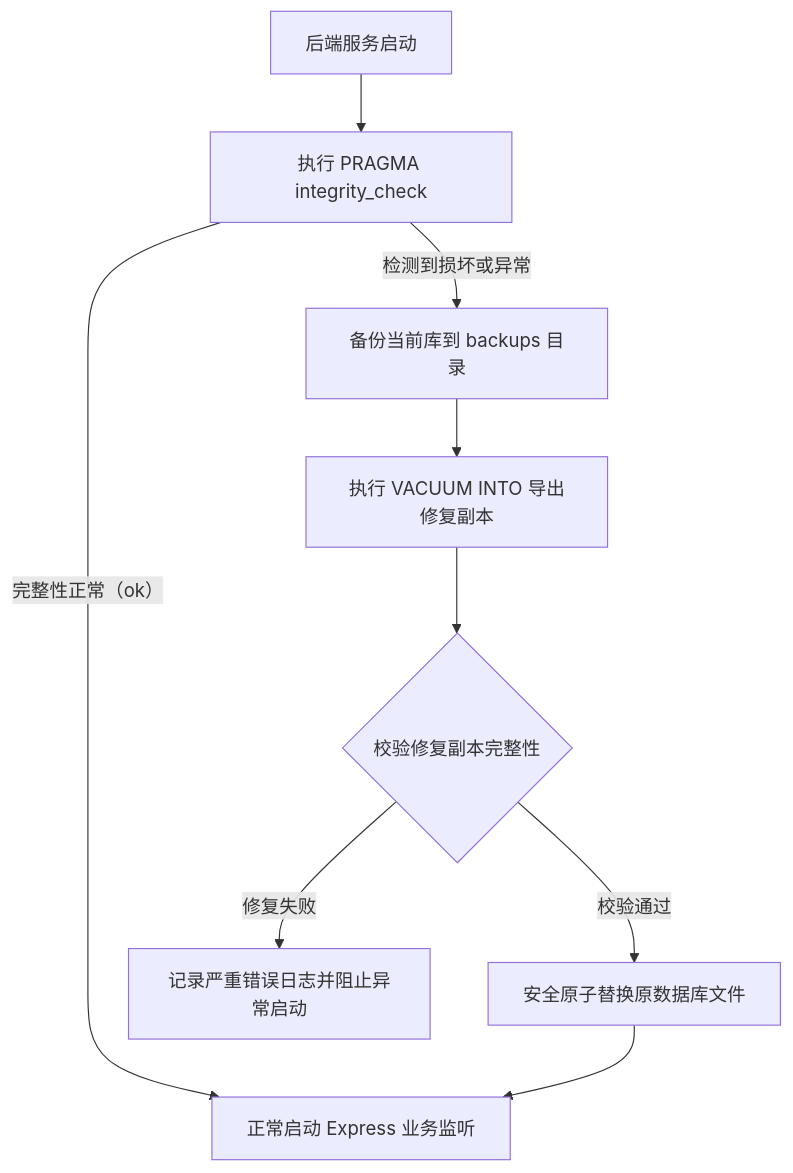
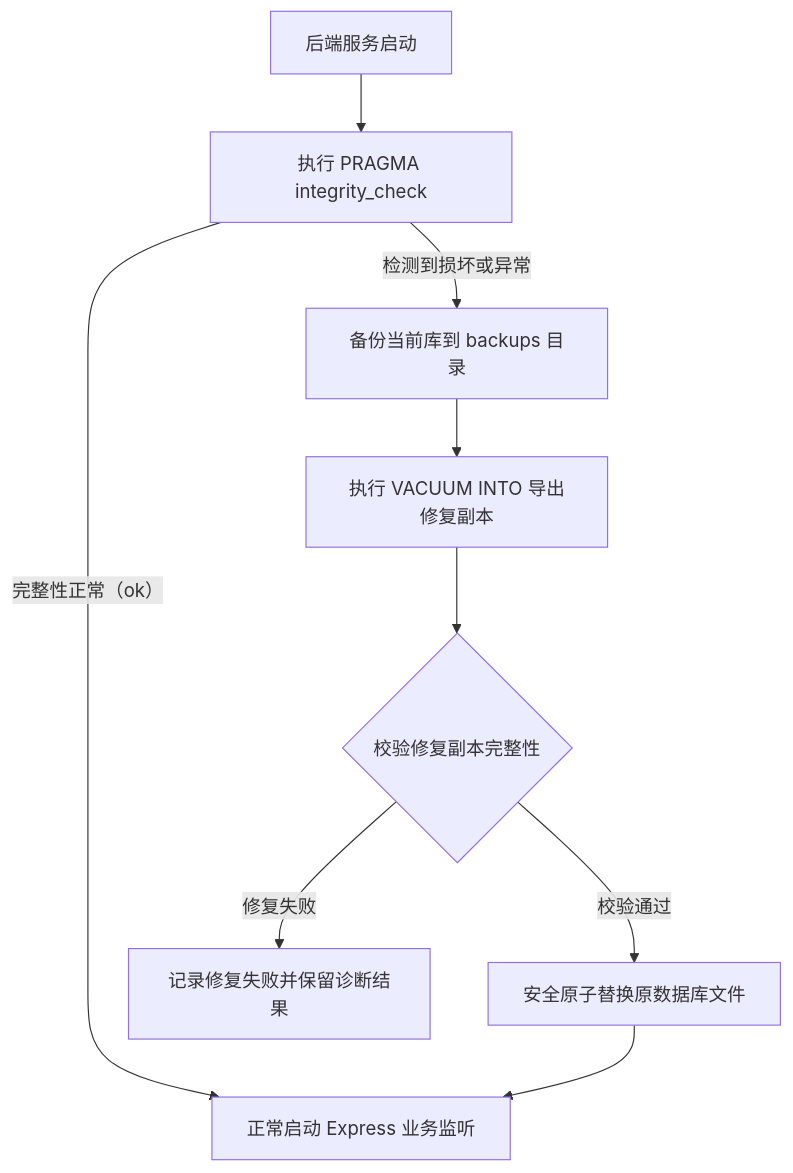
Before and after one commit to fanxiaolongx-max/Dragon-Platform: diagram 15 of 20 in tools-platform/README.md, drawn with Mermaid. The commit also changed other lines of this file and 9 other files, not shown here.

````diff
--- a/tools-platform/README.md
+++ b/tools-platform/README.md
@@ -1193,11 +1217,11 @@
 ```mermaid
 flowchart TD
     START["后端服务启动"] --> CHK["执行 PRAGMA integrity_check"]
     CHK -->|"完整性正常（ok）"| RUN["正常启动 Express 业务监听"]
     CHK -->|"检测到损坏或异常"| BAK["备份当前库到 backups 目录"]
     BAK --> VAC["执行 VACUUM INTO 导出修复副本"]
     VAC --> VERIFY{"校验修复副本完整性"}
     VERIFY -->|"校验通过"| SWAP["安全原子替换原数据库文件"]
     SWAP --> RUN
-    VERIFY -->|"修复失败"| ERR["记录严重错误日志并阻止异常启动"]
+    VERIFY -->|"修复失败"| ERR["记录修复失败并保留诊断结果"]
 ```
````
